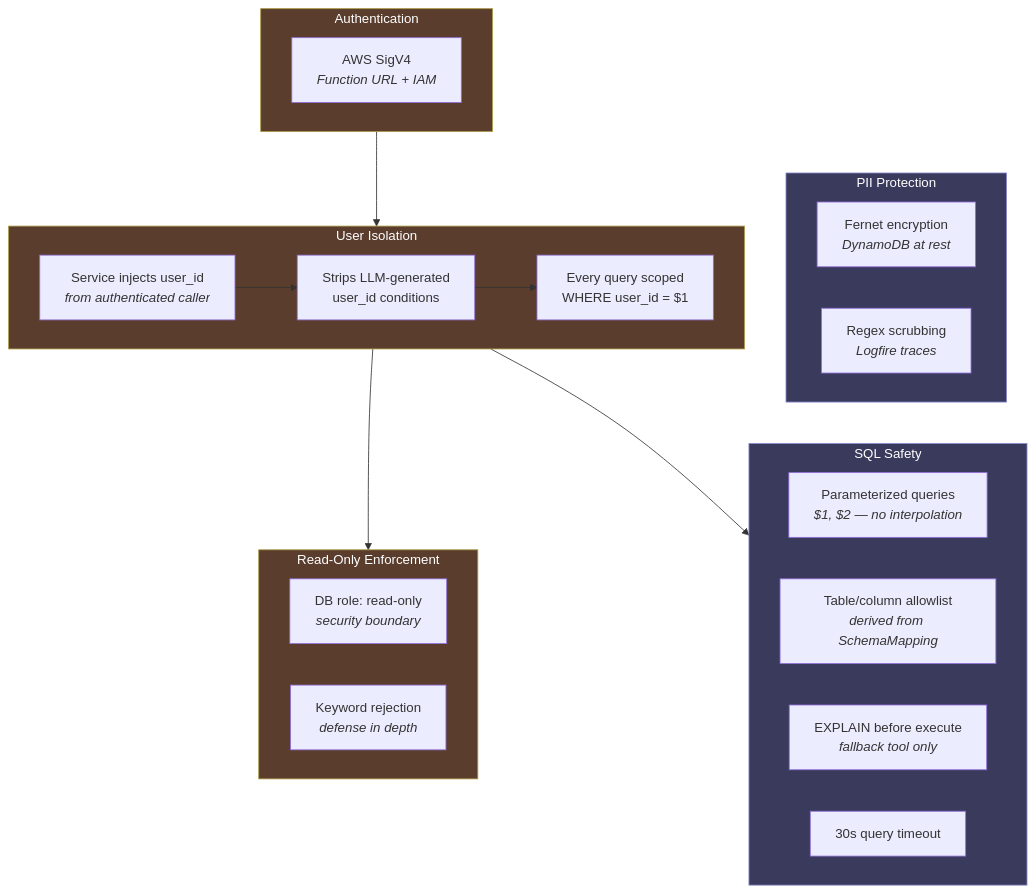
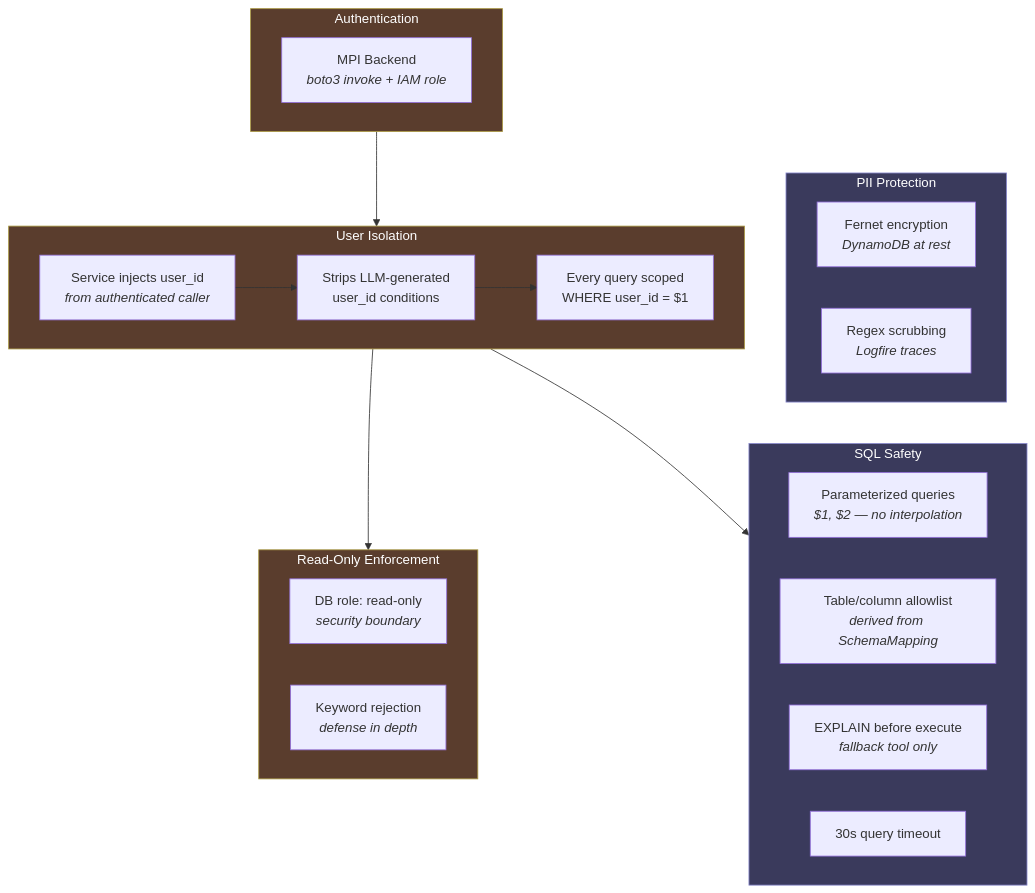
Before and after one commit to maxibove13/finance-query-agent: the sixth of 7 diagrams in README.md, drawn with Mermaid. The commit also changed other lines of this file and 17 other files, not shown here.

First line of the commit message:
Remove Function URL, switch to Lambda-to-Lambda invocation (#3)

````diff
--- a/README.md
+++ b/README.md
@@ -191,41 +188,41 @@
 ```mermaid
 graph TB
     subgraph AUTH["Authentication"]
-        SIGV4["AWS SigV4<br/><i>Function URL + IAM</i>"]
+        IAM["MPI Backend<br/><i>boto3 invoke + IAM role</i>"]
     end
 
     subgraph ISOLATION["User Isolation"]
         INJ["Service injects user_id<br/><i>from authenticated caller</i>"]
         STRIP["Strips LLM-generated<br/>user_id conditions"]
         SCOPE["Every query scoped<br/>WHERE user_id = $1"]
         INJ --> STRIP --> SCOPE
     end
 
     subgraph READONLY["Read-Only Enforcement"]
         ROLE["DB role: read-only<br/><i>security boundary</i>"]
         KW["Keyword rejection<br/><i>defense in depth</i>"]
     end
 
     subgraph PII["PII Protection"]
         FERNET["Fernet encryption<br/><i>DynamoDB at rest</i>"]
         REGEX["Regex scrubbing<br/><i>Logfire traces</i>"]
     end
 
     subgraph SQLS["SQL Safety"]
         PARAM["Parameterized queries<br/><i>$1, $2 — no interpolation</i>"]
         ALLOW["Table/column allowlist<br/><i>derived from SchemaMapping</i>"]
         EXPLAIN["EXPLAIN before execute<br/><i>fallback tool only</i>"]
         TIMEOUT["30s query timeout"]
     end
 
     AUTH --> ISOLATION
     ISOLATION --> READONLY
     ISOLATION --> SQLS
     PII ~~~ SQLS
 
     style AUTH fill:#5a3d2d,stroke:#a94,color:#fff
     style ISOLATION fill:#5a3d2d,stroke:#a94,color:#fff
     style READONLY fill:#5a3d2d,stroke:#a94,color:#fff
     style PII fill:#3a3a5c,stroke:#88c,color:#fff
     style SQLS fill:#3a3a5c,stroke:#88c,color:#fff
 ```
````
